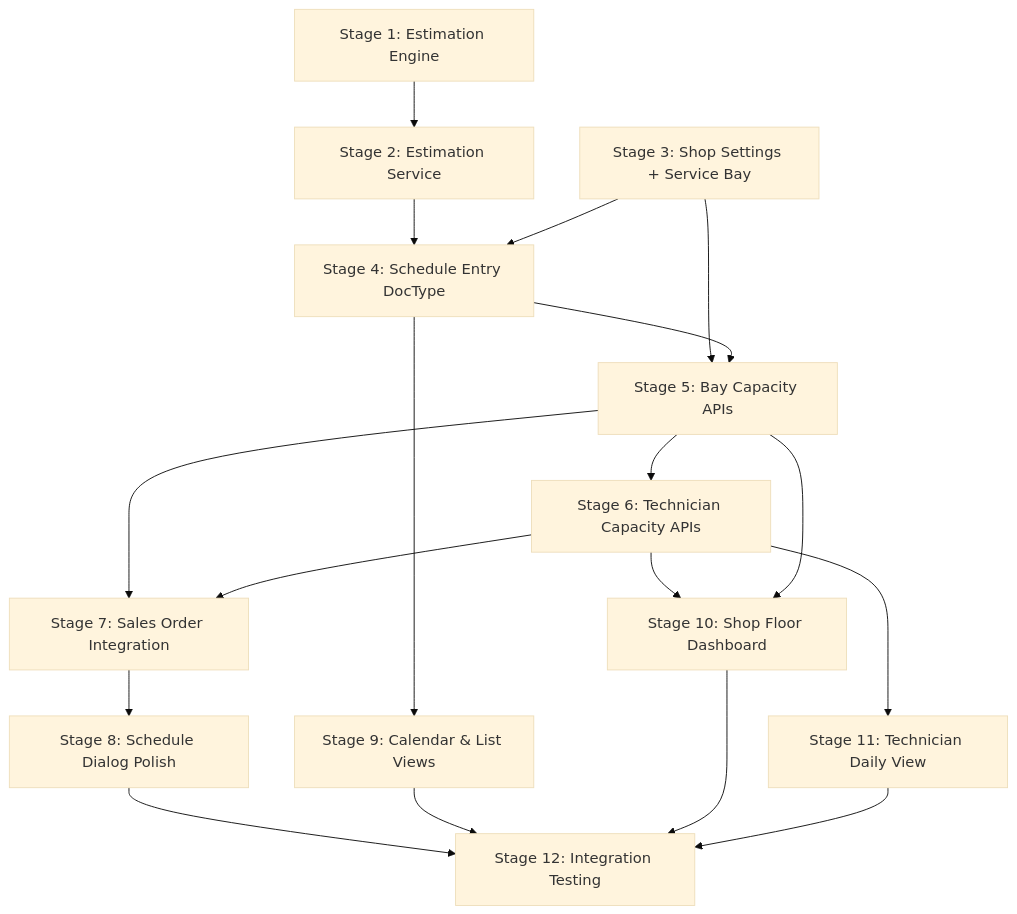
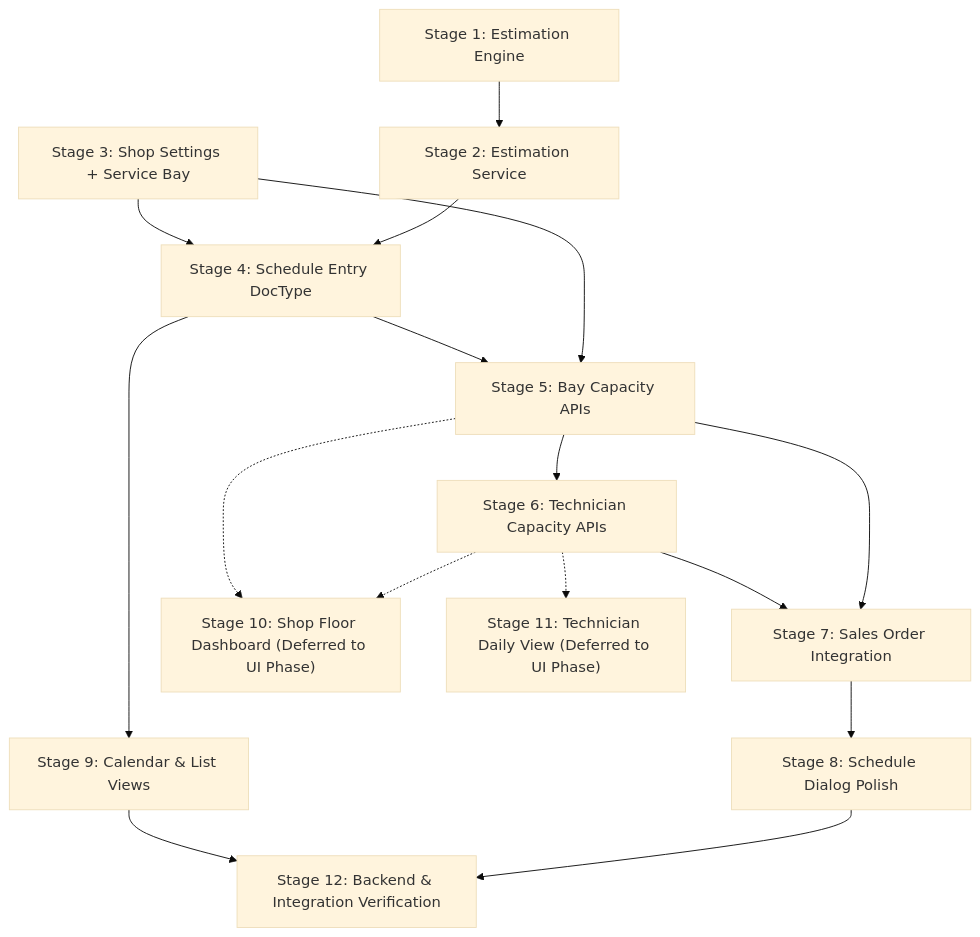
The diagram in docs/development/scheduling-implementation-checklist.md (patricklai3/induct_shop), drawn with Mermaid (base theme) before and after one commit. The commit also changed other lines of this file and 3 other files, not shown here.

````diff
--- a/docs/development/scheduling-implementation-checklist.md
+++ b/docs/development/scheduling-implementation-checklist.md
@@ -371,33 +355,31 @@
 ```mermaid
 graph TD
     S1["Stage 1: Estimation Engine"]
     S2["Stage 2: Estimation Service"]
     S3["Stage 3: Shop Settings + Service Bay"]
     S4["Stage 4: Schedule Entry DocType"]
     S5["Stage 5: Bay Capacity APIs"]
     S6["Stage 6: Technician Capacity APIs"]
     S7["Stage 7: Sales Order Integration"]
     S8["Stage 8: Schedule Dialog Polish"]
     S9["Stage 9: Calendar & List Views"]
-    S10["Stage 10: Shop Floor Dashboard"]
-    S11["Stage 11: Technician Daily View"]
-    S12["Stage 12: Integration Testing"]
+    S10["Stage 10: Shop Floor Dashboard (Deferred to UI Phase)"]
+    S11["Stage 11: Technician Daily View (Deferred to UI Phase)"]
+    S12["Stage 12: Backend & Integration Verification"]
 
     S1 --> S2
     S2 --> S4
     S3 --> S4
     S3 --> S5
     S4 --> S5
     S5 --> S6
     S5 --> S7
     S6 --> S7
     S7 --> S8
     S4 --> S9
-    S6 --> S10
-    S5 --> S10
-    S6 --> S11
+    S6 -.-> S10
+    S5 -.-> S10
+    S6 -.-> S11
     S8 --> S12
     S9 --> S12
-    S10 --> S12
-    S11 --> S12
 ```
````
